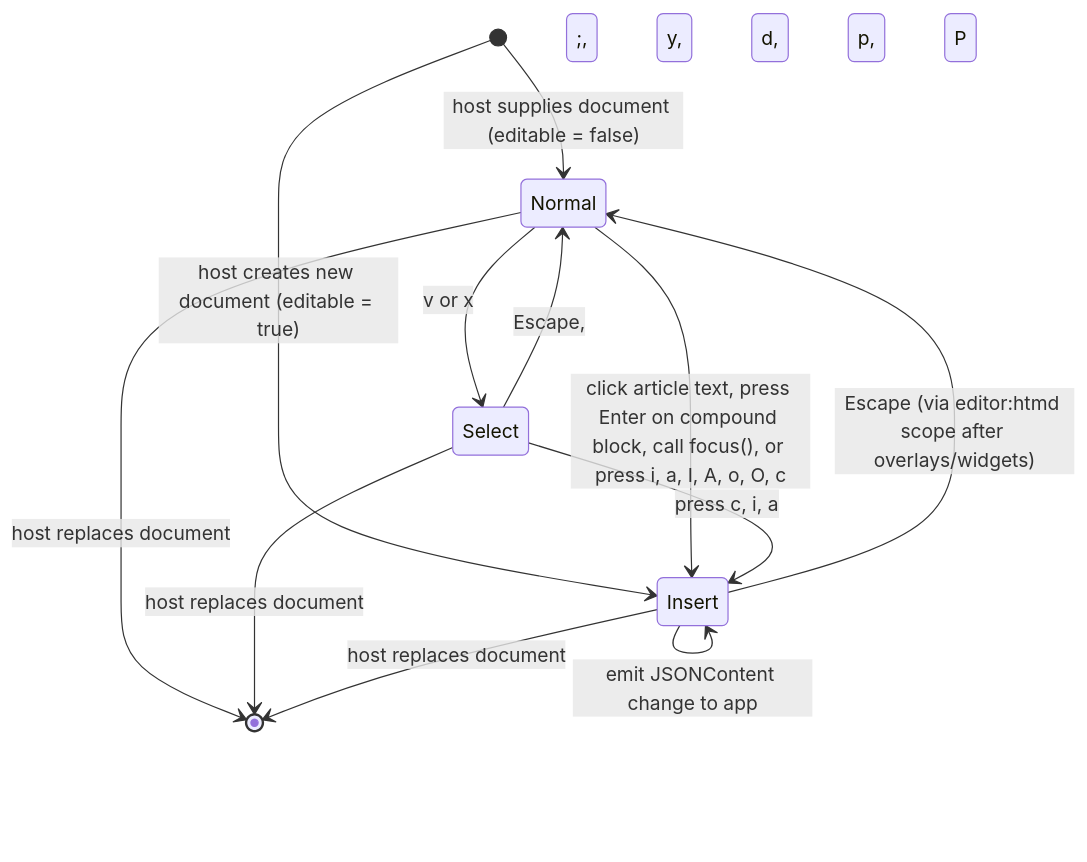
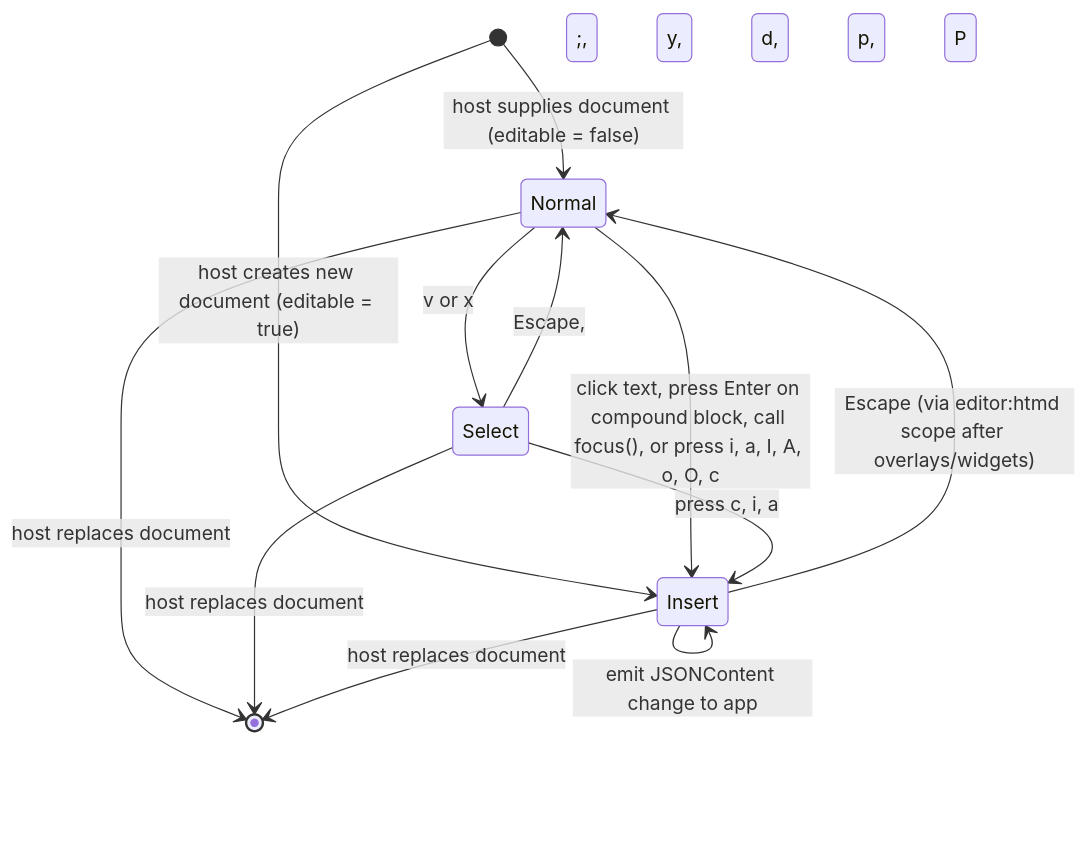
One commit to hypertextual/hypertextual changed the second of 3 diagrams in docs/architecture/ui/htmd-editor.md. Above: the diagram before and after it, drawn with Mermaid. The commit also changed other lines of this file and 4 other files, not shown here.

Commit message:
docs(architecture): rewrite editor and extension docs in simple English with diagrams and tables

````diff
--- a/docs/architecture/ui/htmd-editor.md
+++ b/docs/architecture/ui/htmd-editor.md
@@ -70,14 +71,14 @@
 ```mermaid
 stateDiagram-v2
     [*] --> Normal: host supplies document (editable = false)
     [*] --> Insert: host creates new document (editable = true)
     Normal --> Select: v or x
     Select --> Normal: Escape, ;, y, d, p, P
-    Normal --> Insert: click article text, press Enter on compound block, call focus(), or press i, a, I, A, o, O, c
+    Normal --> Insert: click text, press Enter on compound block, call focus(), or press i, a, I, A, o, O, c
     Select --> Insert: press c, i, a
     Insert --> Insert: emit JSONContent change to app
     Insert --> Normal: Escape (via editor:htmd scope after overlays/widgets)
     Normal --> [*]: host replaces document
     Select --> [*]: host replaces document
     Insert --> [*]: host replaces document
 ```
````
